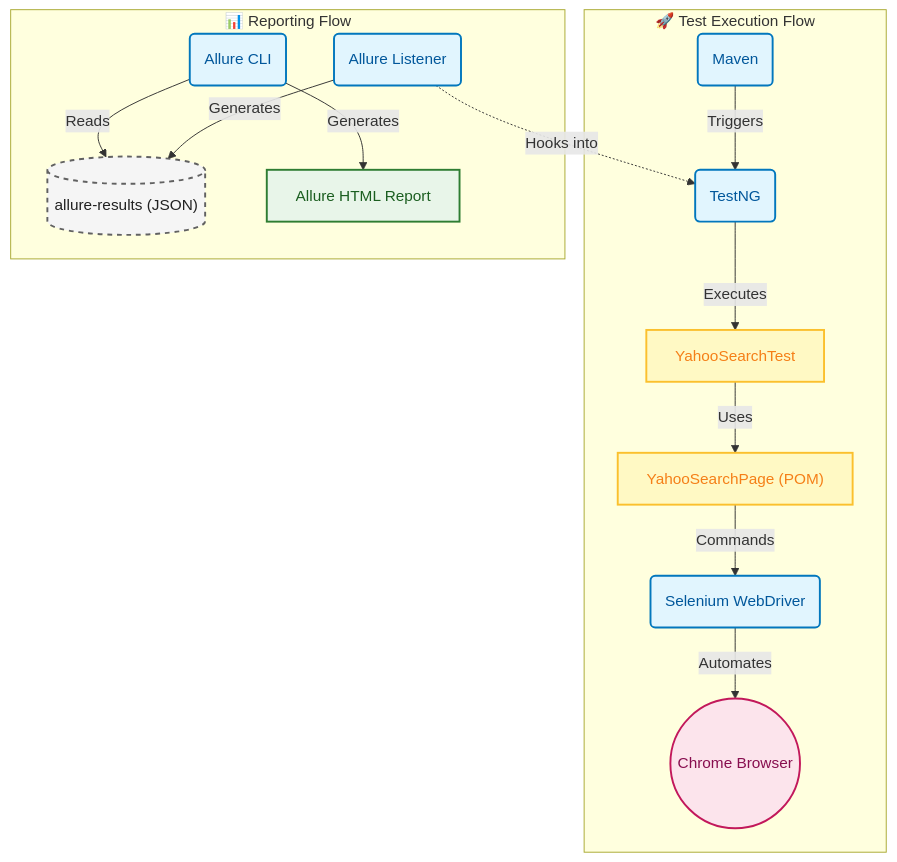
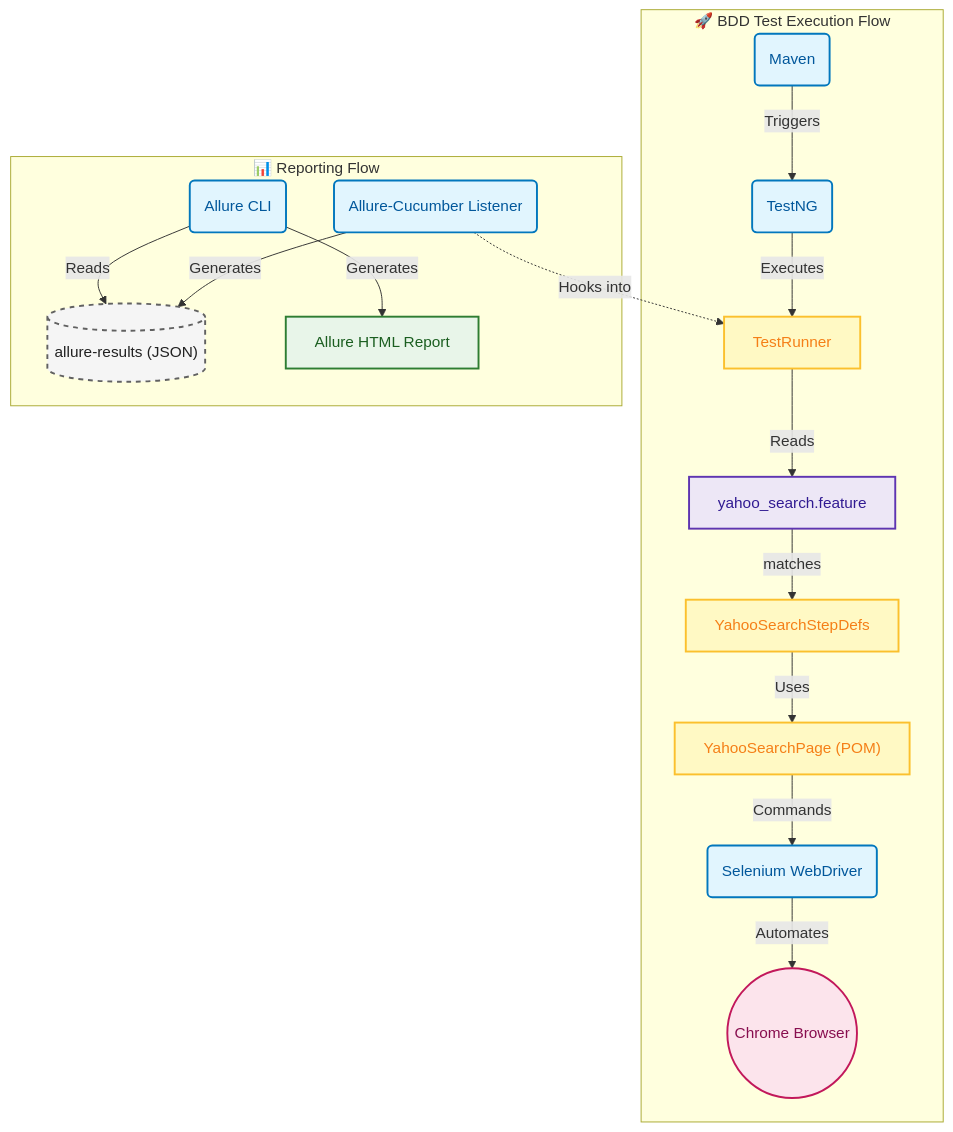
Before and after one commit to sonakshikukreja/Web-UI-TAF: the diagram in README.md, drawn with Mermaid. The commit also changed other lines of this file and 4 other files, not shown here.

````diff
--- a/README.md
+++ b/README.md
@@ -7,24 +7,27 @@
 ```mermaid
 graph TD
     %% Define styles for nodes
     classDef tool fill:#e1f5fe,stroke:#0277bd,stroke-width:2px,color:#01579b
     classDef code fill:#fff9c4,stroke:#fbc02d,stroke-width:2px,color:#f57f17
     classDef browser fill:#fce4ec,stroke:#c2185b,stroke-width:2px,color:#880e4f
     classDef report fill:#e8f5e9,stroke:#2e7d32,stroke-width:2px,color:#1b5e20
     classDef artifact fill:#f5f5f5,stroke:#616161,stroke-width:2px,stroke-dasharray: 5 5,color:#212121
+    classDef bdd fill:#ede7f6,stroke:#5e35b1,stroke-width:2px,color:#311b92
 
-    subgraph Execution ["🚀 Test Execution Flow"]
+    subgraph Execution ["🚀 BDD Test Execution Flow"]
         Maven("Maven"):::tool -->|Triggers| TestNG("TestNG"):::tool
-        TestNG -->|Executes| TestClass["YahooSearchTest"]:::code
-        TestClass -->|Uses| POM["YahooSearchPage (POM)"]:::code
+        TestNG -->|Executes| Runner["TestRunner"]:::code
+        Runner -->|Reads| Feature["yahoo_search.feature"]:::bdd
+        Feature --matches--> StepDefs["YahooSearchStepDefs"]:::code
+        StepDefs -->|Uses| POM["YahooSearchPage (POM)"]:::code
         POM -->|Commands| WebDriver("Selenium WebDriver"):::tool
         WebDriver -->|Automates| Browser(("Chrome Browser")):::browser
     end
 
     subgraph Reporting ["📊 Reporting Flow"]
-        Listener("Allure Listener"):::tool -.->|Hooks into| TestNG
+        Listener("Allure-Cucumber Listener"):::tool -.->|Hooks into| Runner
         Listener -->|Generates| Results[("allure-results (JSON)")]:::artifact
         CLI("Allure CLI"):::tool -->|Reads| Results
         CLI -->|Generates| Report["Allure HTML Report"]:::report
     end
 ```
````
